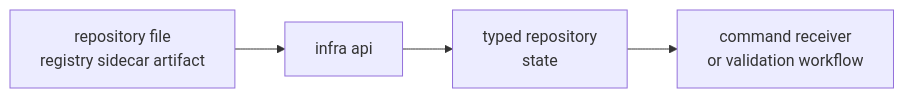
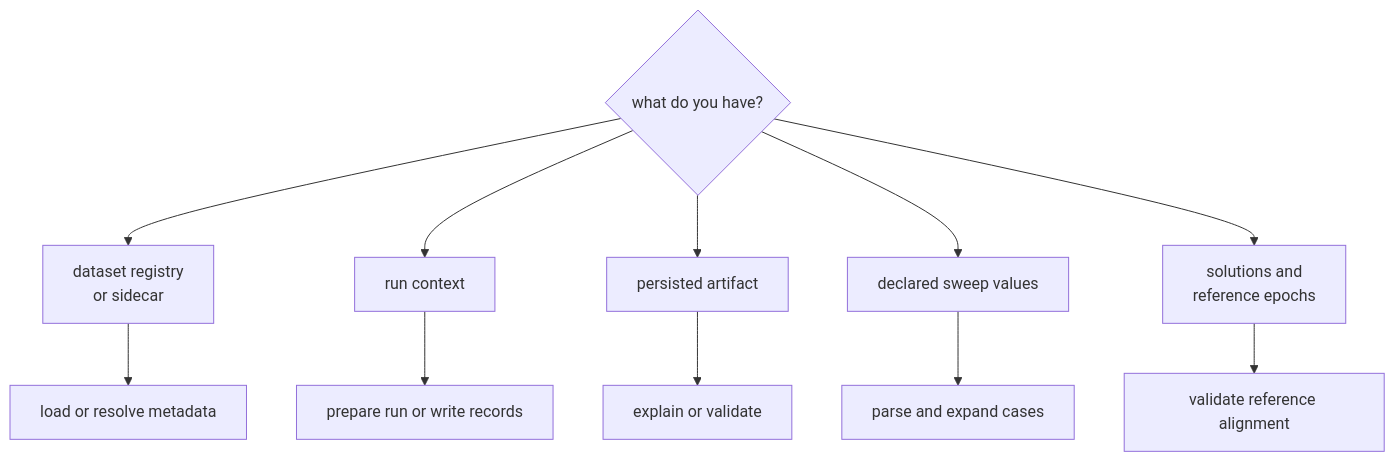
One commit to bijux/bijux-telecom changed the diagram in docs/03-bijux-gnss-infra/interfaces/entrypoints-and-examples.md. Above: the diagram before and after it, drawn with Mermaid. The commit also changed other lines of this file and 1 other file, not shown here.

Commit message:
docs(infra): explain repository entrypoint lifecycles

````diff
--- a/docs/03-bijux-gnss-infra/interfaces/entrypoints-and-examples.md
+++ b/docs/03-bijux-gnss-infra/interfaces/entrypoints-and-examples.md
@@ -18,9 +18,15 @@
 ```mermaid
-flowchart LR
-    file["repository file<br/>registry sidecar artifact"]
-    api["infra api"]
-    typed["typed repository<br/>state"]
-    workflow["command receiver<br/>or validation workflow"]
+flowchart TD
+    input{"what do you have?"}
+    registry["dataset registry<br/>or sidecar"]
+    context["run context"]
+    artifact["persisted artifact"]
+    sweep["declared sweep values"]
+    reference["solutions and<br/>reference epochs"]
 
-    file --> api --> typed --> workflow
+    input --> registry --> datasets["load or resolve metadata"]
+    input --> context --> runs["prepare run or write records"]
+    input --> artifact --> inspect["explain or validate"]
+    input --> sweep --> cases["parse and expand cases"]
+    input --> reference --> align["validate reference alignment"]
 ```
````
